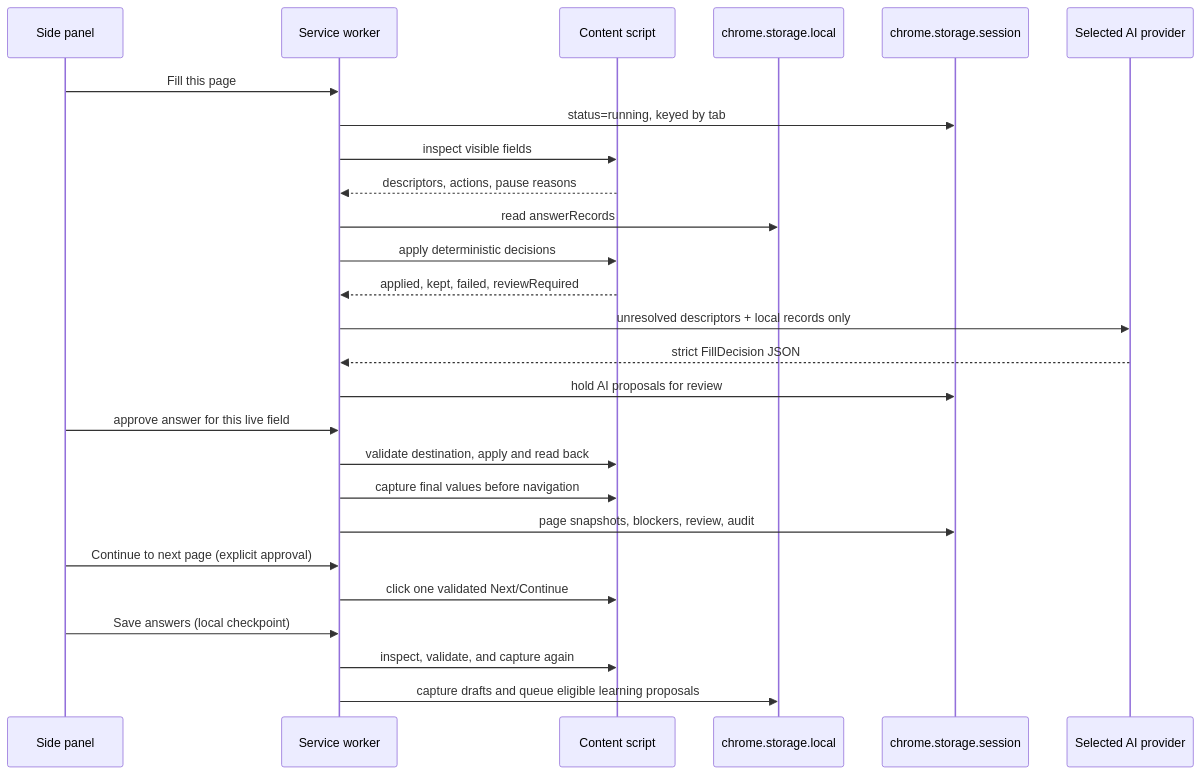
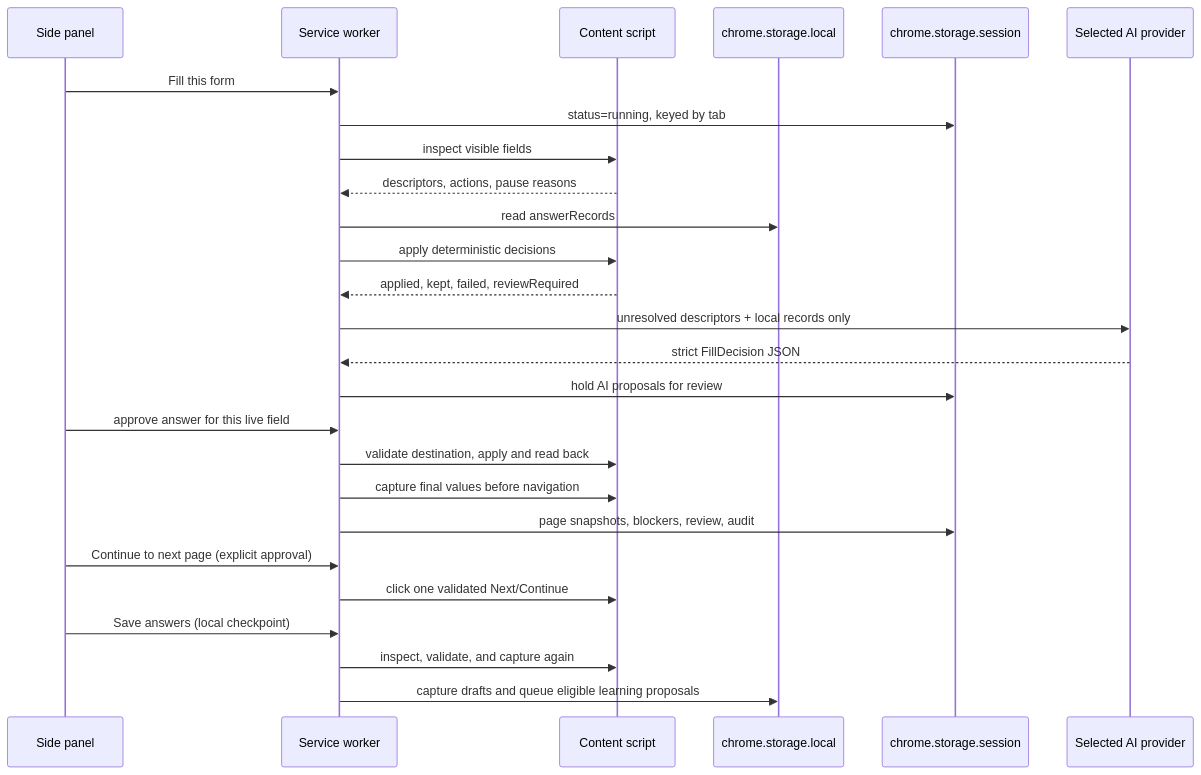
Before and after one commit to humandotlearning/job-application-autofill-extension: the third of 4 diagrams in README.md, drawn with Mermaid. The commit also changed other lines of this file and 8 other files, not shown here.

````diff
--- a/README.md
+++ b/README.md
@@ -102,29 +102,29 @@
 ```mermaid
 sequenceDiagram
     participant Panel as Side panel
     participant Worker as Service worker
     participant Page as Content script
     participant Profile as chrome.storage.local
     participant Run as chrome.storage.session
     participant OpenAI as Selected AI provider
 
-    Panel->>Worker: Fill this page
+    Panel->>Worker: Fill this form
     Worker->>Run: status=running, keyed by tab
     Worker->>Page: inspect visible fields
     Page-->>Worker: descriptors, actions, pause reasons
     Worker->>Profile: read answerRecords
     Worker->>Page: apply deterministic decisions
     Page-->>Worker: applied, kept, failed, reviewRequired
     Worker->>OpenAI: unresolved descriptors + local records only
     OpenAI-->>Worker: strict FillDecision JSON
     Worker->>Run: hold AI proposals for review
     Panel->>Worker: approve answer for this live field
     Worker->>Page: validate destination, apply and read back
     Worker->>Page: capture final values before navigation
     Worker->>Run: page snapshots, blockers, review, audit
     Panel->>Worker: Continue to next page (explicit approval)
     Worker->>Page: click one validated Next/Continue
     Panel->>Worker: Save answers (local checkpoint)
     Worker->>Page: inspect, validate, and capture again
     Worker->>Profile: capture drafts and queue eligible learning proposals
 ```
````
